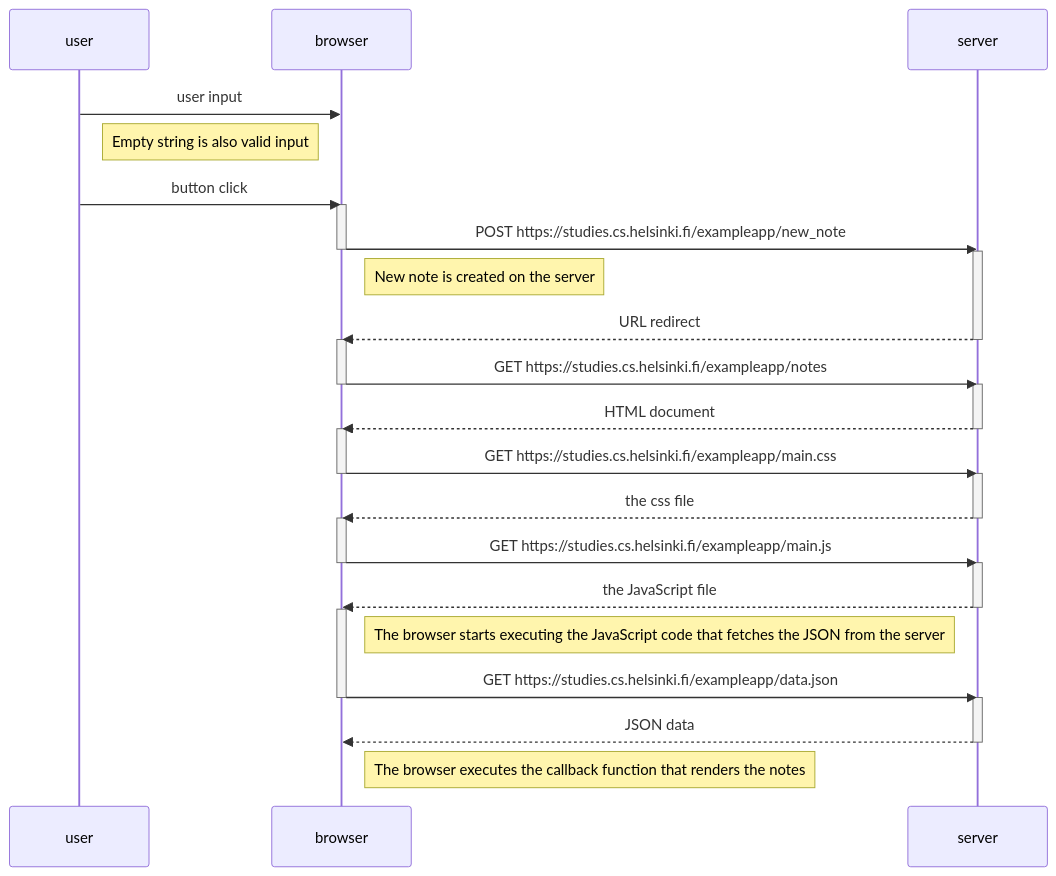
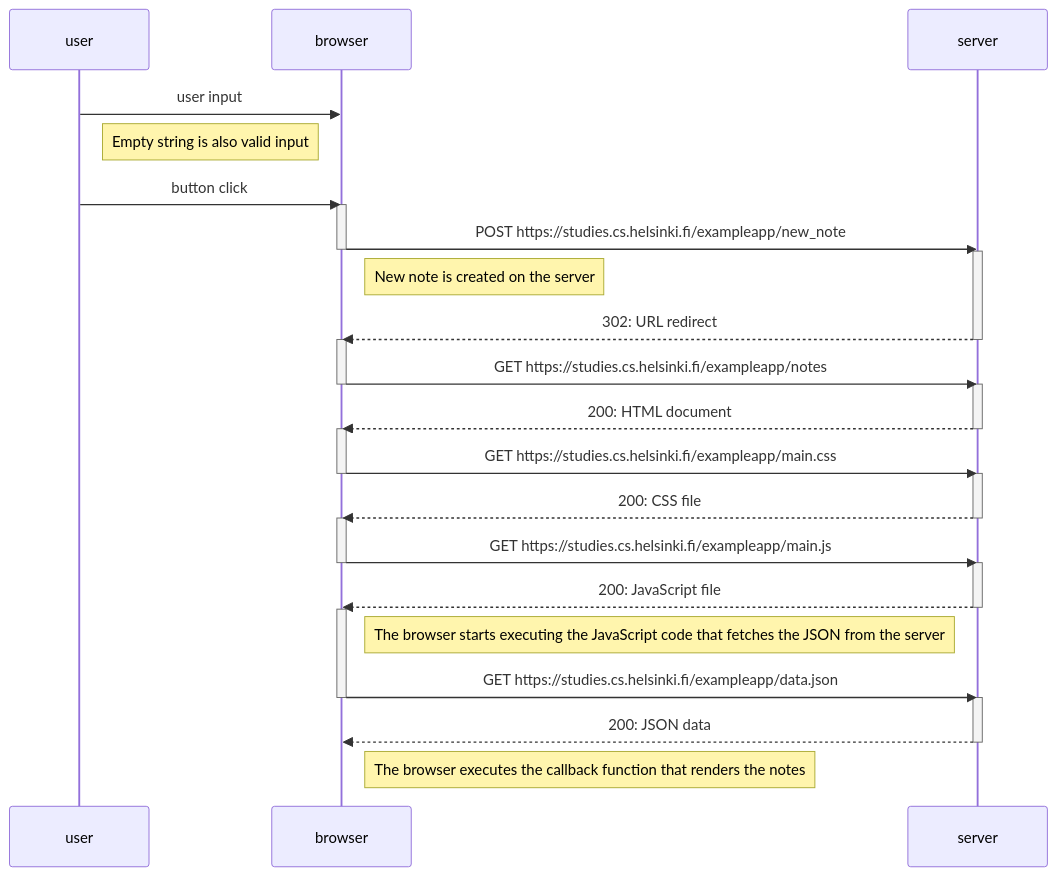
One commit to watteja/fso-course changed the diagram in part0/new-note-diagram.md. Above: the diagram before and after it, drawn with Mermaid. The commit also changed 2 other files, not shown here.

Commit message:
Exercise 0.6: New note in Single page app diagram

````diff
--- a/part0/new-note-diagram.md
+++ b/part0/new-note-diagram.md
@@ -1,50 +1,50 @@
 ```mermaid
 sequenceDiagram
     participant user
     participant browser
     participant server
 
     user->>browser: user input
     Note right of user: Empty string is also valid input
 
     user->>browser: button click
 
     activate browser
-    browser->>server: POST  https://studies.cs.helsinki.fi/exampleapp/new_note
+    browser->>server: POST https://studies.cs.helsinki.fi/exampleapp/new_note
     deactivate browser
     activate server
     Note right of browser: New note is created on the server
-    server-->>browser: URL redirect
+    server-->>browser: 302: URL redirect
     deactivate server
 
     activate browser
     browser->>server: GET https://studies.cs.helsinki.fi/exampleapp/notes
     deactivate browser
     activate server
-    server-->>browser: HTML document
+    server-->>browser: 200: HTML document
     deactivate server
 
     activate browser
     browser->>server: GET https://studies.cs.helsinki.fi/exampleapp/main.css
     deactivate browser
     activate server
-    server-->>browser: the css file
+    server-->>browser: 200: CSS file
     deactivate server
 
     activate browser
     browser->>server: GET https://studies.cs.helsinki.fi/exampleapp/main.js
     deactivate browser
     activate server
-    server-->>browser: the JavaScript file
+    server-->>browser: 200: JavaScript file
     deactivate server
 
     activate browser
     Note right of browser: The browser starts executing the JavaScript code that fetches the JSON from the server
     browser->>server: GET https://studies.cs.helsinki.fi/exampleapp/data.json
     deactivate browser
     activate server
-    server-->>browser: JSON data
+    server-->>browser: 200: JSON data
     deactivate server
 
     Note right of browser: The browser executes the callback function that renders the notes
 ```
````
